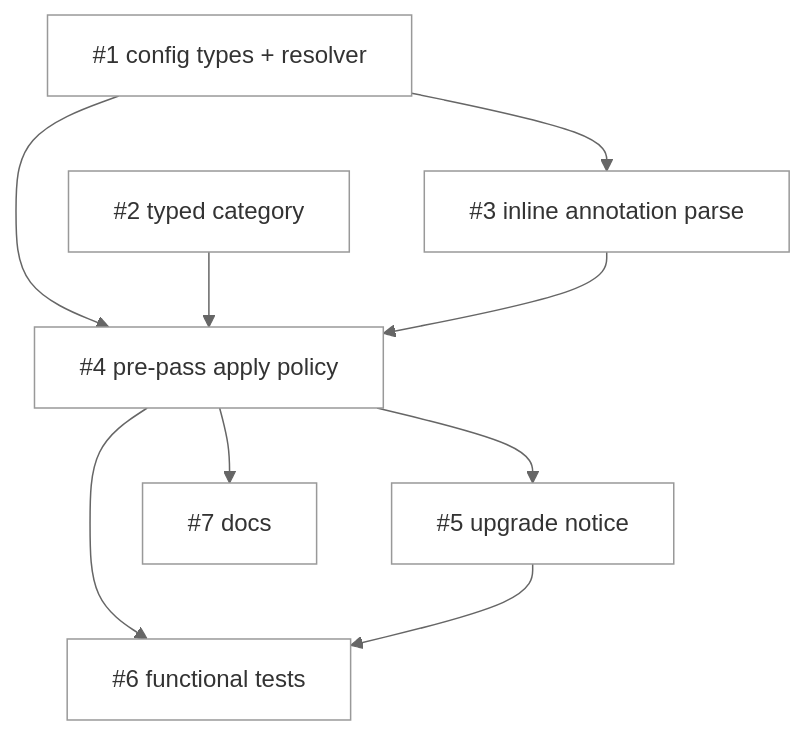
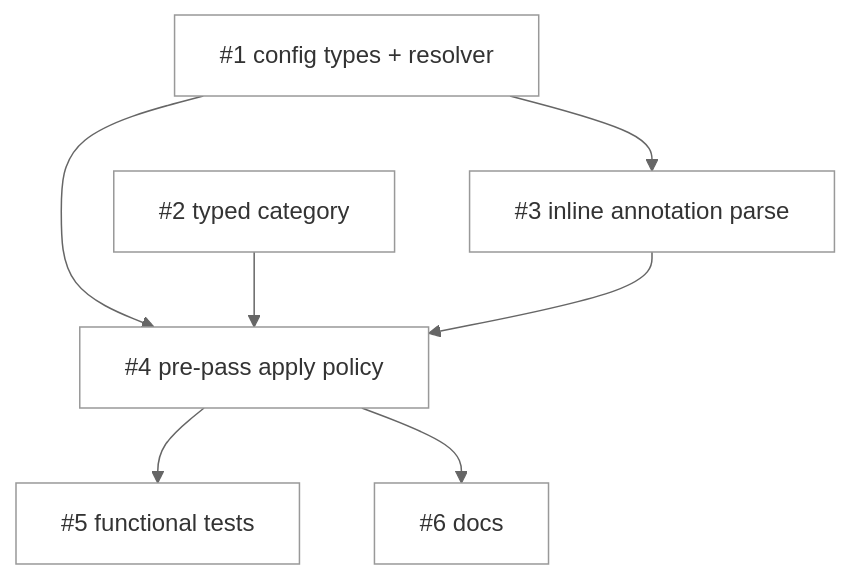
One commit to tsukumogami/niwa changed the diagram in docs/plans/PLAN-env-example-failure-policy.md. Above: the diagram before and after it, drawn with Mermaid (neutral theme). The commit also changed other lines of this file and 1 other file, not shown here.

First line of the commit message:
docs: trim ignore-inline switch and one-time upgrade notice

````diff
--- a/docs/plans/PLAN-env-example-failure-policy.md
+++ b/docs/plans/PLAN-env-example-failure-policy.md
@@ -169,21 +153,18 @@
 ```mermaid
 graph TD
     I1["#1 config types + resolver"]:::pending
     I2["#2 typed category"]:::pending
     I3["#3 inline annotation parse"]:::pending
     I4["#4 pre-pass apply policy"]:::pending
-    I5["#5 upgrade notice"]:::pending
-    I6["#6 functional tests"]:::pending
-    I7["#7 docs"]:::pending
+    I5["#5 functional tests"]:::pending
+    I6["#6 docs"]:::pending
 
     I1 --> I3
     I1 --> I4
     I2 --> I4
     I3 --> I4
     I4 --> I5
     I4 --> I6
-    I4 --> I7
-    I5 --> I6
 
     classDef pending fill:#fff,stroke:#999,color:#333;
 ```
````
